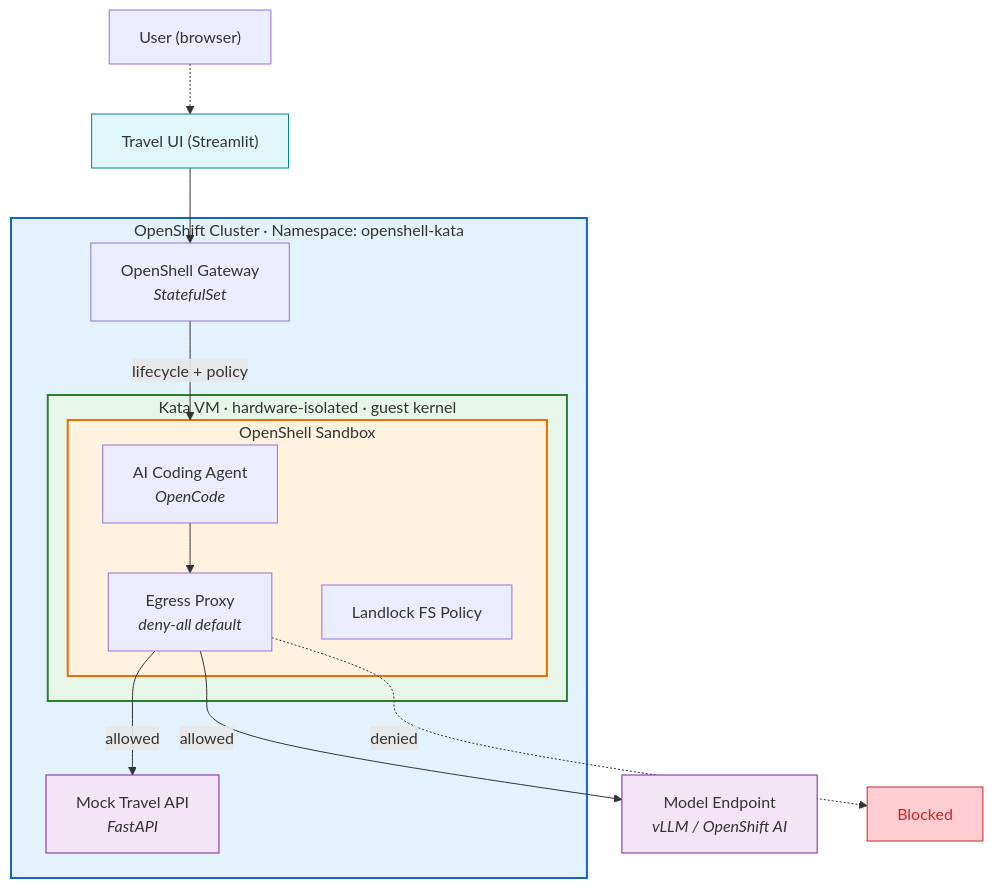
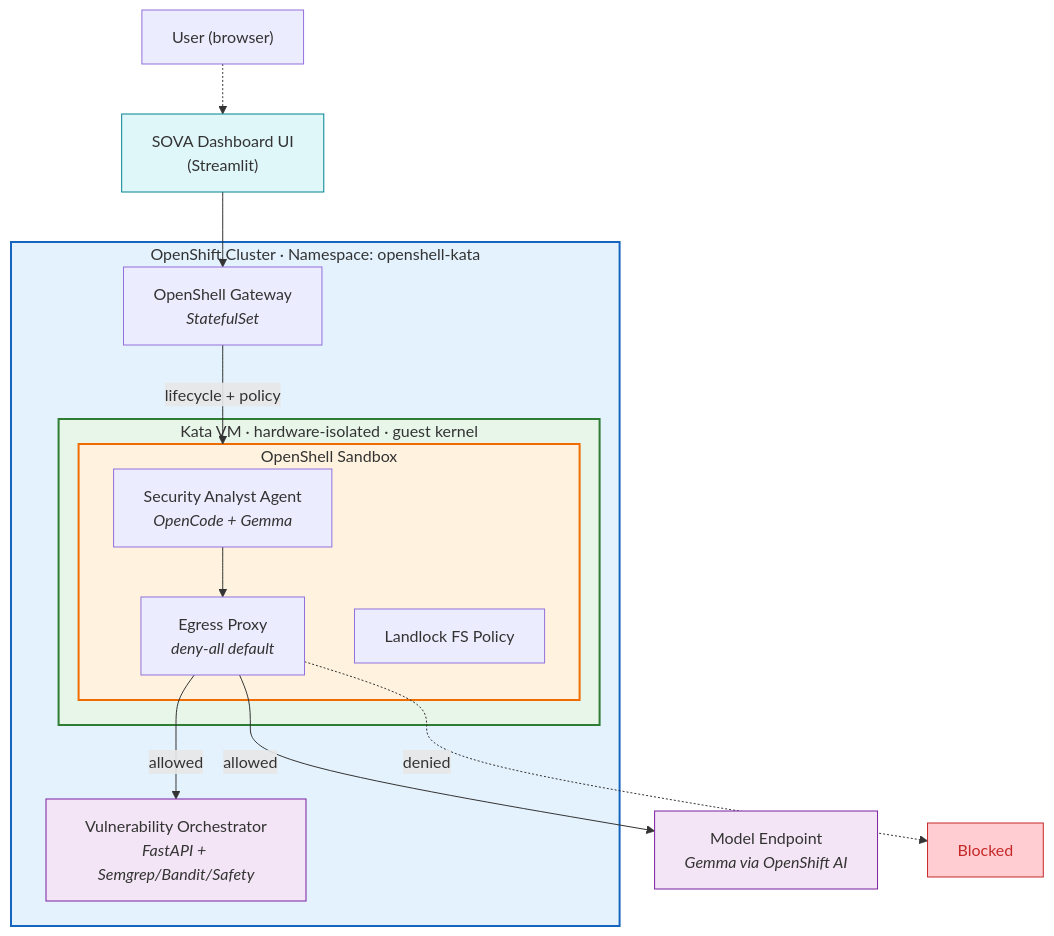
Before and after one commit to gskumar1010/sova: the diagram in README.md, drawn with Mermaid. The commit also changed other lines of this file and 32 other files, not shown here.

Commit message:
Claude changes to build Vulnerability analysis agent and removing travel agent changes

````diff
--- a/README.md
+++ b/README.md
@@ -75,37 +69,37 @@
 ```mermaid
 graph TB
     user["User (browser)"]
-    travelui["Travel UI (Streamlit)"]
+    vulnui["SOVA Dashboard UI<br/>(Streamlit)"]
 
     subgraph cluster["OpenShift Cluster · Namespace: openshell-kata"]
         gw["OpenShell Gateway<br/><i>StatefulSet</i>"]
-        mockapi["Mock Travel API<br/><i>FastAPI</i>"]
+        vulnapi["Vulnerability Orchestrator<br/><i>FastAPI + Semgrep/Bandit/Safety</i>"]
 
         subgraph kata_vm["Kata VM · hardware-isolated · guest kernel"]
             subgraph sandbox["OpenShell Sandbox"]
-                agent["AI Coding Agent<br/><i>OpenCode</i>"]
+                agent["Security Analyst Agent<br/><i>OpenCode + Gemma</i>"]
                 proxy["Egress Proxy<br/><i>deny-all default</i>"]
                 landlock["Landlock FS Policy"]
             end
         end
     end
 
-    model["Model Endpoint<br/><i>vLLM / OpenShift AI</i>"]
+    model["Model Endpoint<br/><i>Gemma via OpenShift AI</i>"]
     blocked["Blocked"]
 
-    user -.-> travelui
-    travelui --> gw
+    user -.-> vulnui
+    vulnui --> gw
     gw -- "lifecycle + policy" --> sandbox
     agent --> proxy
     proxy -- "allowed" --> model
-    proxy -- "allowed" --> mockapi
+    proxy -- "allowed" --> vulnapi
     proxy -. "denied" .-> blocked
 
     style kata_vm fill:#e8f5e9,stroke:#2e7d32,stroke-width:2px
     style sandbox fill:#fff3e0,stroke:#ef6c00,stroke-width:2px
     style cluster fill:#e3f2fd,stroke:#1565c0,stroke-width:2px
     style blocked fill:#ffcdd2,stroke:#c62828,color:#c62828
     style model fill:#f3e5f5,stroke:#7b1fa2
-    style travelui fill:#e0f7fa,stroke:#00838f
-    style mockapi fill:#f3e5f5,stroke:#7b1fa2
+    style vulnui fill:#e0f7fa,stroke:#00838f
+    style vulnapi fill:#f3e5f5,stroke:#7b1fa2
 ```
````
